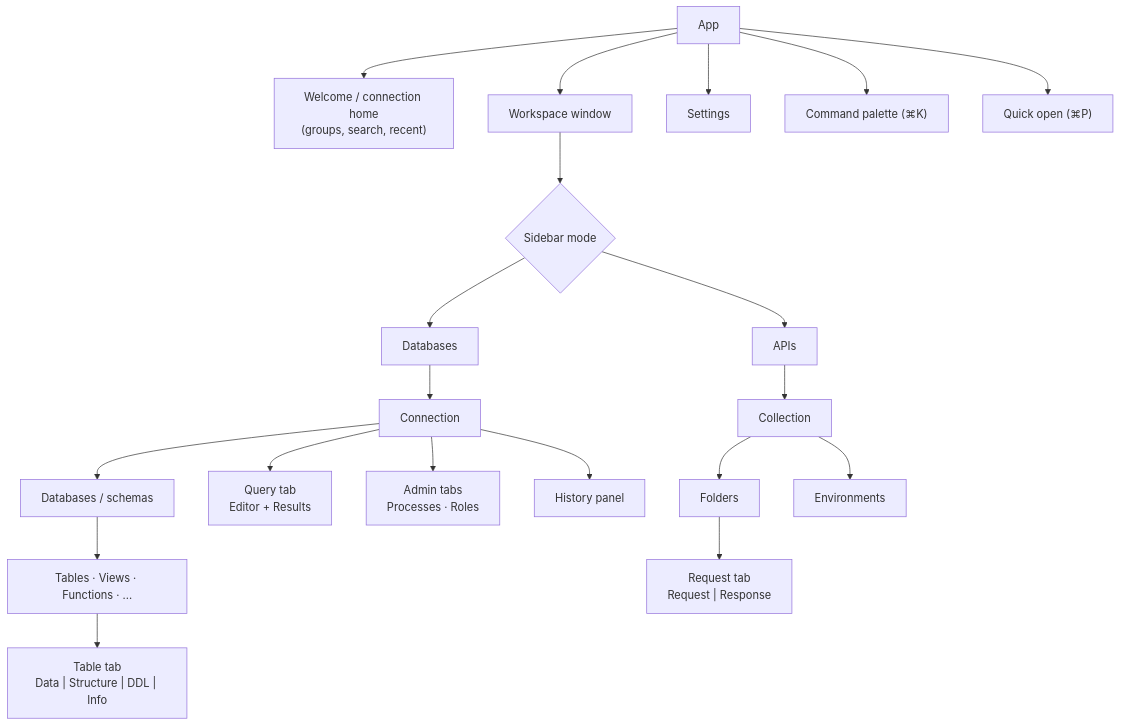
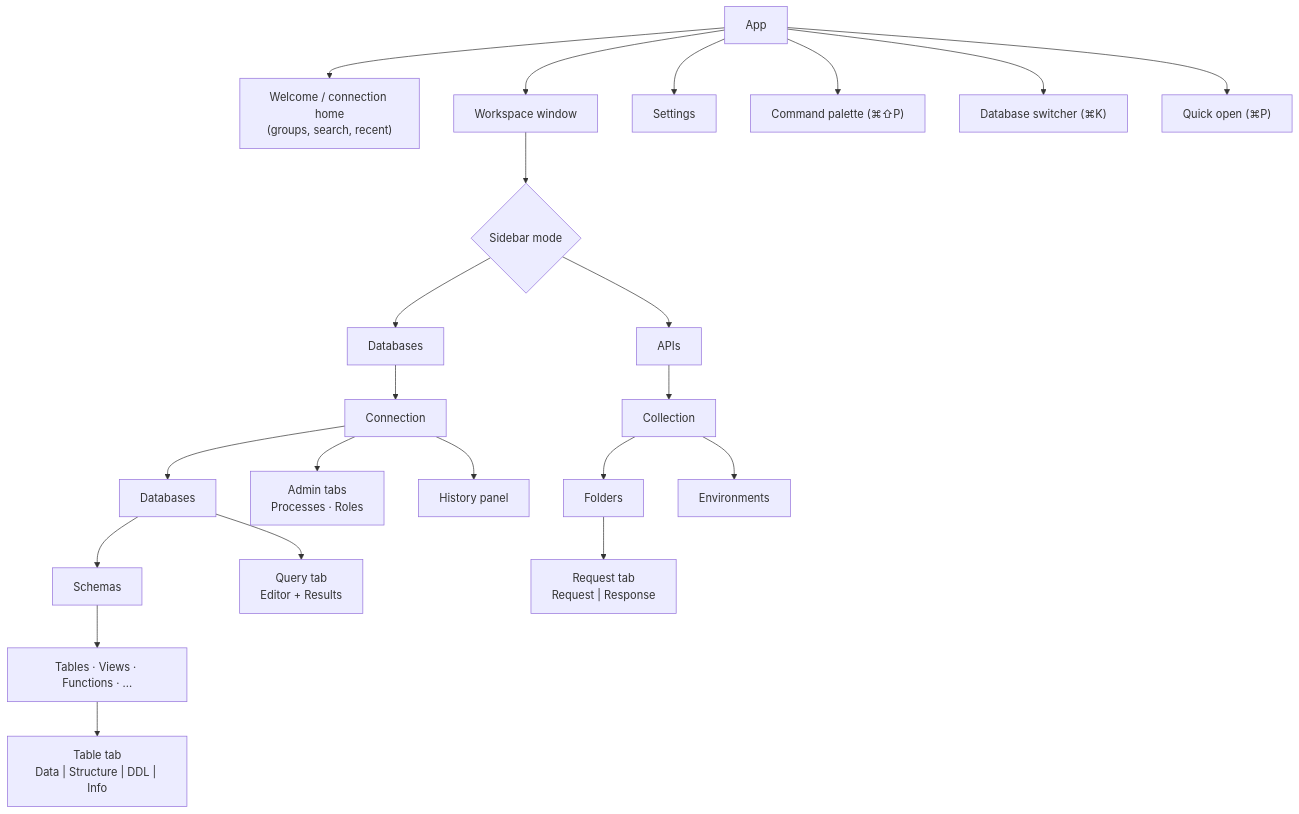
One commit to theetaz/open-rows changed the diagram in docs/20-ux-foundations.md. Above: the diagram before and after it, drawn with Mermaid. The commit also changed other lines of this file and 112 other files, not shown here.

````diff
--- a/docs/20-ux-foundations.md
+++ b/docs/20-ux-foundations.md
@@ -18,22 +25,24 @@
 ```mermaid
 flowchart TB
     App["App"] --> Welcome["Welcome / connection home<br/>(groups, search, recent)"]
     App --> Win["Workspace window"]
     Win --> Mode{"Sidebar mode"}
     Mode --> DBM["Databases"]
     Mode --> APIM["APIs"]
     DBM --> Conn["Connection"]
-    Conn --> Dbs["Databases / schemas"]
-    Dbs --> Objs["Tables · Views · Functions · ..."]
+    Conn --> Dbs["Databases"]
+    Dbs --> Schemas["Schemas"]
+    Schemas --> Objs["Tables · Views · Functions · ..."]
     Objs --> TableTab["Table tab<br/>Data | Structure | DDL | Info"]
-    Conn --> QueryTab["Query tab<br/>Editor + Results"]
+    Dbs --> QueryTab["Query tab<br/>Editor + Results"]
     Conn --> Admin["Admin tabs<br/>Processes · Roles"]
     Conn --> Hist["History panel"]
     APIM --> Coll["Collection"]
     Coll --> Folder["Folders"]
     Folder --> Req["Request tab<br/>Request | Response"]
     Coll --> Envs["Environments"]
     App --> Settings["Settings"]
-    App --> Palette["Command palette (⌘K)"]
+    App --> Palette["Command palette (⌘⇧P)"]
+    App --> Switch["Database switcher (⌘K)"]
     App --> Quick["Quick open (⌘P)"]
 ```
````
